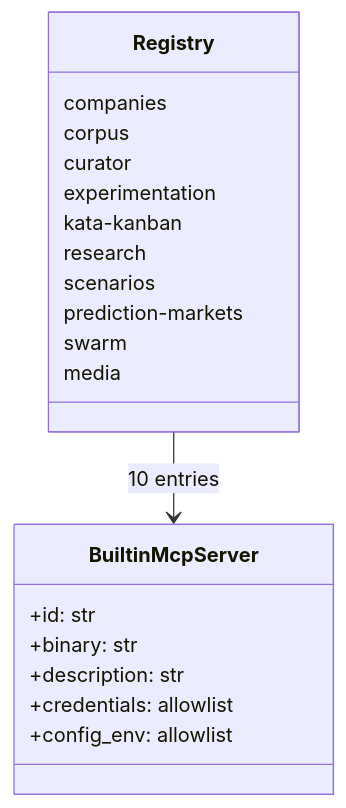
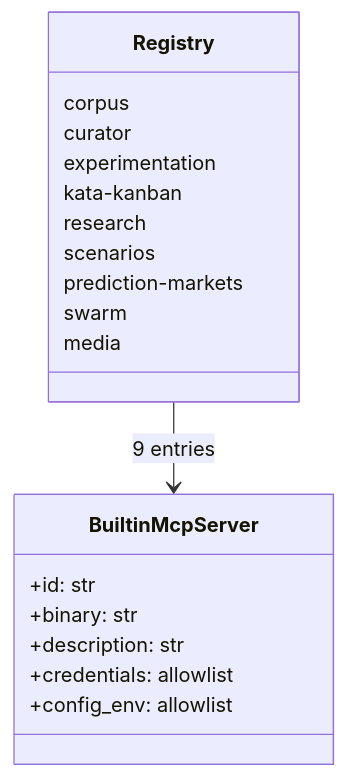
Before and after one commit to mdz-axo/zed-kask: the second of 3 diagrams in kask/docs/diataxis/kask_bridge/reference.md, drawn with Mermaid. The commit also changed other lines of this file and 28 other files, not shown here.

First line of the commit message:
Pin tool wire schema; refresh docs and citations

````diff
--- a/kask/docs/diataxis/kask_bridge/reference.md
+++ b/kask/docs/diataxis/kask_bridge/reference.md
@@ -132,23 +132,22 @@
 ```mermaid
 classDiagram
     class BuiltinMcpServer {
         +id: str
         +binary: str
         +description: str
         +credentials: allowlist
         +config_env: allowlist
     }
     class Registry {
-        companies
         corpus
         curator
         experimentation
         kata-kanban
         research
         scenarios
         prediction-markets
         swarm
         media
     }
-    Registry --> BuiltinMcpServer : 10 entries
+    Registry --> BuiltinMcpServer : 9 entries
 ```
````
